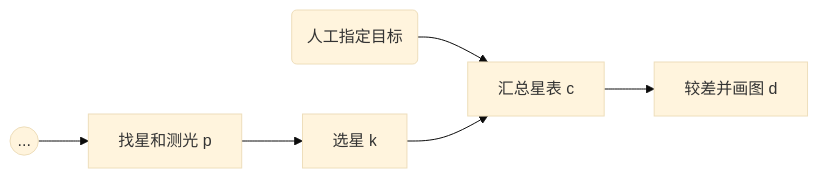
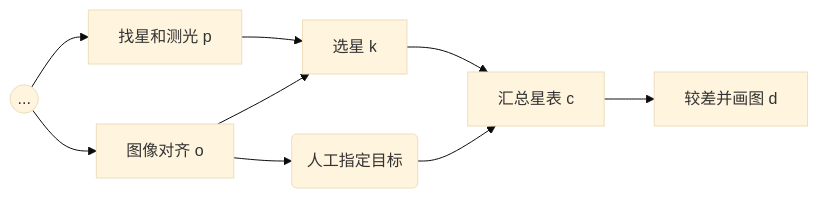
Before and after one commit to DrJieZheng/qlcp: the second of 2 diagrams in manual.md, drawn with Mermaid (base theme). The commit also changed other lines of this file and 15 other files, not shown here.

````diff
--- a/manual.md
+++ b/manual.md
@@ -283,8 +291,11 @@
 ```mermaid
 graph LR;
   X((...)) --> P[找星和测光 p];
+  X --> O[图像对齐 o]
   P --> K[选星 k];
+  O --> K
+  O --> AK
   AK(人工指定目标) --> C[汇总星表 c];
   K --> C
   C --> D[较差并画图 d];
 ```
````
